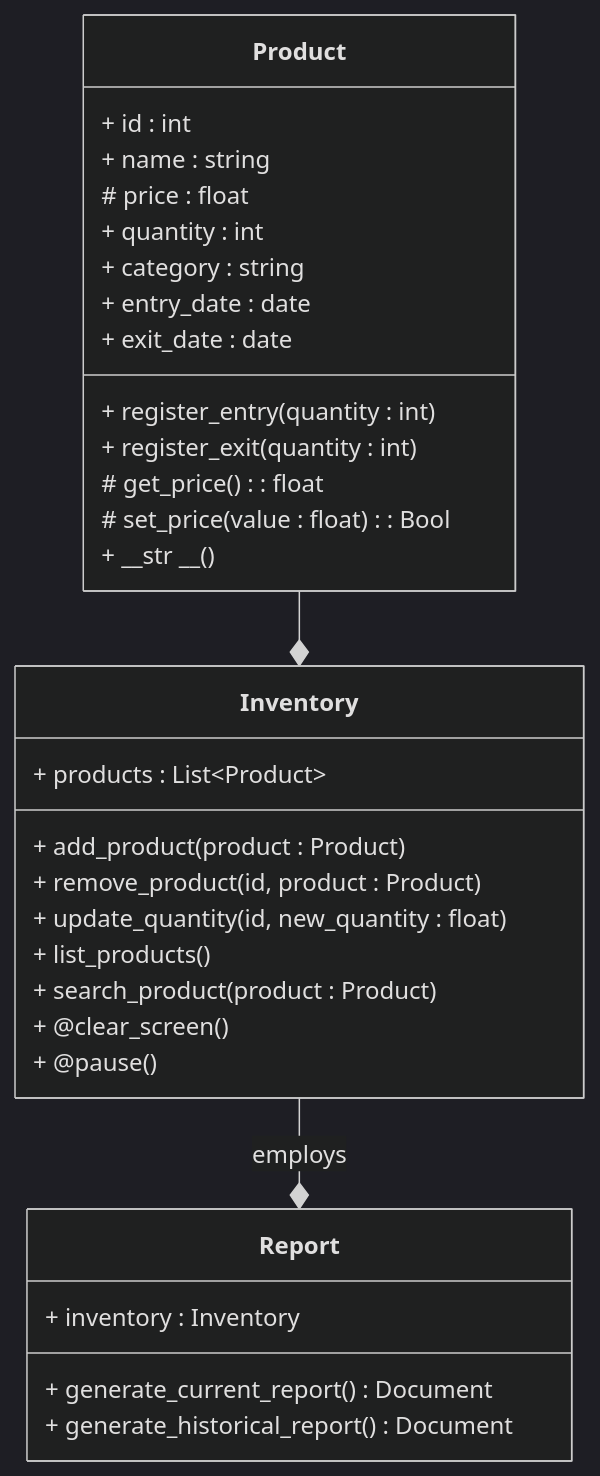
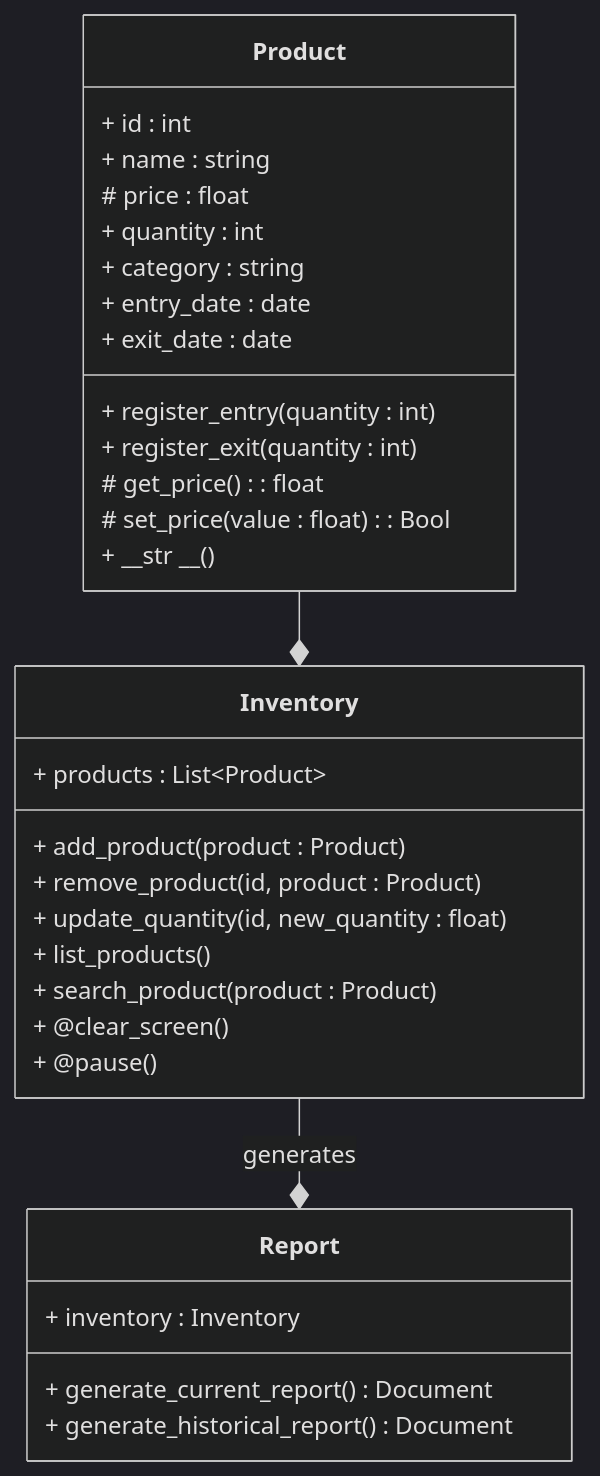
Before and after one commit to nisaespa/project_progress: the diagram in README.md, drawn with Mermaid (dark theme).

````diff
--- a/README.md
+++ b/README.md
@@ -14,37 +14,37 @@
 ``` mermaid
 classDiagram
     class Product {
         + id : int
         + name : string
         # price : float
         + quantity : int
         + category : string
         + entry_date : date
         + exit_date : date
         + register_entry(quantity : int)
         + register_exit(quantity : int)
         # get_price() : float
         # set_price(value : float) : Bool
         + __str __()
     }
 
     class Inventory {
         + products : List~Product~ 
         + add_product(product : Product)
         + remove_product(id, product : Product)
         + update_quantity(id, new_quantity : float)
         + list_products()
         + search_product(product : Product)
         + @clear_screen()
         + @pause()
     }
 
     class Report {
         + inventory : Inventory
         + generate_current_report() Document
         + generate_historical_report() Document
     }
 
     Product --* Inventory
-    Inventory --* Report : employs
+    Inventory --* Report : generates
 ```
````
